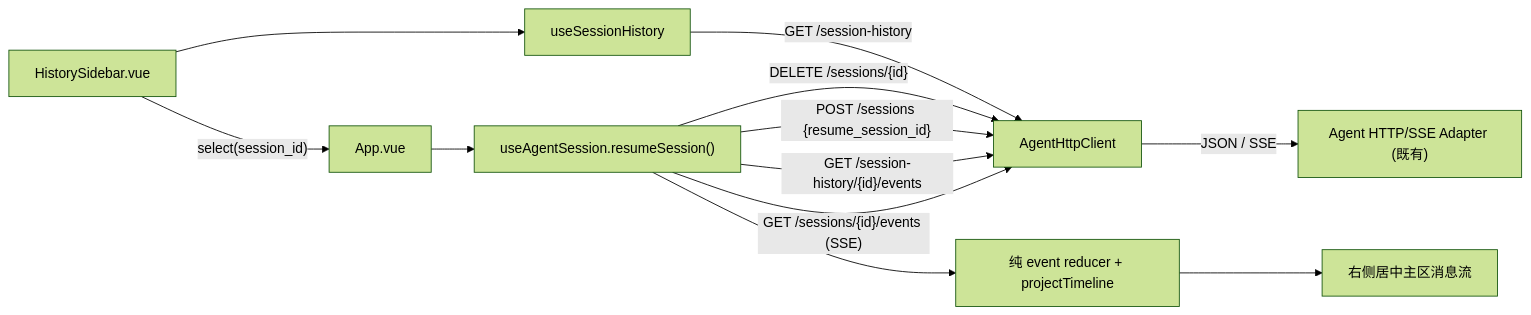
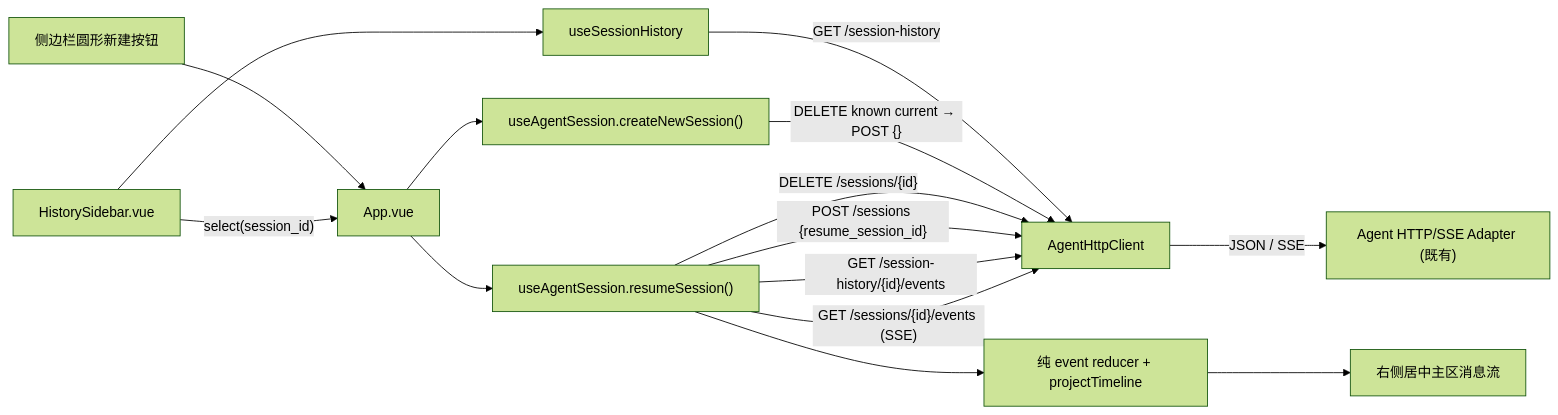
Before and after one commit to JAY201368/CodingAgentNeo: the diagram in docs/webgui-history-sidebar/ARCHITECTURE.md, drawn with Mermaid (forest theme). The commit also changed other lines of this file and 6 other files, not shown here.

````diff
--- a/docs/webgui-history-sidebar/ARCHITECTURE.md
+++ b/docs/webgui-history-sidebar/ARCHITECTURE.md
@@ -52,14 +59,17 @@
 ```mermaid
 flowchart LR
+  NewButton["侧边栏圆形新建按钮"] --> App
   Sidebar["HistorySidebar.vue"] --> HistState["useSessionHistory"]
   HistState -- "GET /session-history" --> Client["AgentHttpClient"]
   Sidebar -- "select(session_id)" --> App["App.vue"]
   App --> Session["useAgentSession.resumeSession()"]
+  App --> NewSession["useAgentSession.createNewSession()"]
+  NewSession -- "DELETE known current → POST {}" --> Client
   Session -- "DELETE /sessions/{id}" --> Client
   Session -- "POST /sessions {resume_session_id}" --> Client
   Session -- "GET /session-history/{id}/events" --> Client
   Session -- "GET /sessions/{id}/events (SSE)" --> Client
   Session --> Reducer["纯 event reducer + projectTimeline"]
   Reducer --> Main["右侧居中主区消息流"]
   Client -- "JSON / SSE" --> HTTP["Agent HTTP/SSE Adapter (既有)"]
 ```
````
